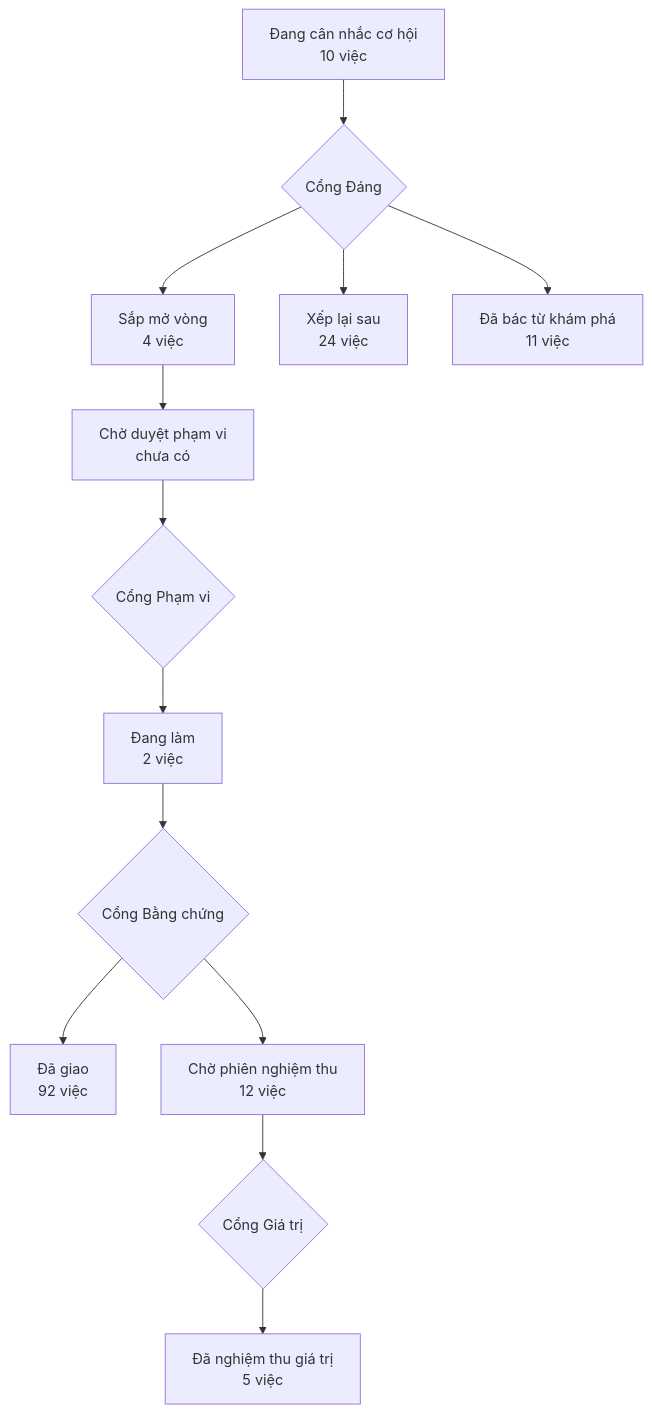
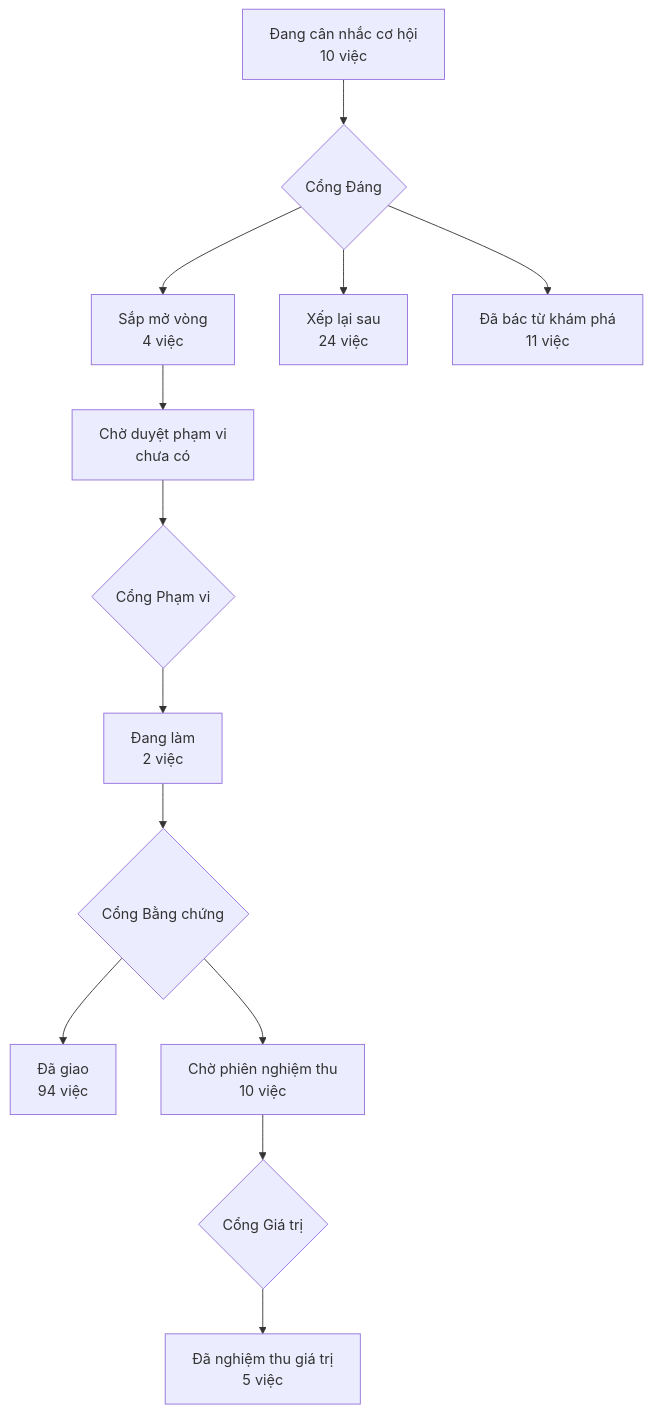
One commit to phanlemanh/acceptance-gate-kit changed the diagram in PRODUCT-MAP.md. Above: the diagram before and after it, drawn with Mermaid. The commit also changed other lines of this file and 30 other files, not shown here.

````diff
--- a/PRODUCT-MAP.md
+++ b/PRODUCT-MAP.md
@@ -6,12 +6,12 @@
 ```mermaid
 flowchart TD
   A["Đang cân nhắc cơ hội<br/>10 việc"] --> GD{"Cổng Đáng"}
   GD --> B["Sắp mở vòng<br/>4 việc"]
   GD --> XL["Xếp lại sau<br/>24 việc"]
   GD --> DB["Đã bác từ khám phá<br/>11 việc"]
   B --> CD["Chờ duyệt phạm vi<br/>chưa có"] --> GP{"Cổng Phạm vi"}
   GP --> DL["Đang làm<br/>2 việc"] --> GB{"Cổng Bằng chứng"}
-  GB --> DG["Đã giao<br/>92 việc"]
-  GB --> CN["Chờ phiên nghiệm thu<br/>12 việc"] --> GG{"Cổng Giá trị"}
+  GB --> DG["Đã giao<br/>94 việc"]
+  GB --> CN["Chờ phiên nghiệm thu<br/>10 việc"] --> GG{"Cổng Giá trị"}
   GG --> NT["Đã nghiệm thu giá trị<br/>5 việc"]
 ```
````
